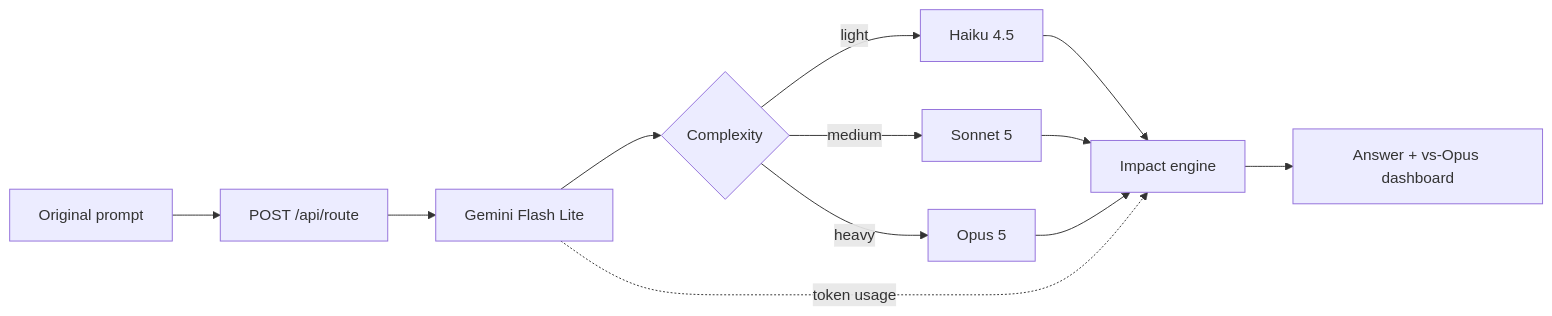
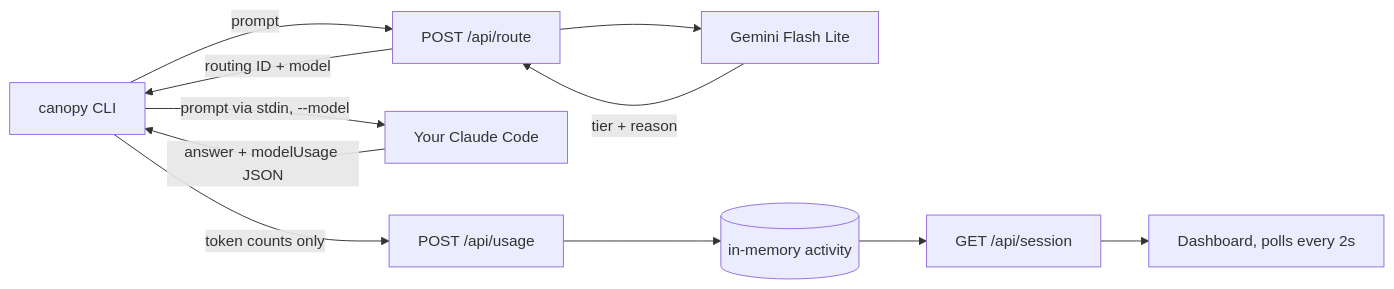
Before and after one commit to mirabellebrown/climate-hackathon-2026: the diagram in README.md, drawn with Mermaid. The commit also changed other lines of this file and 24 other files, not shown here.

First line of the commit message:
Build the Claude Code launcher and companion dashboard

````diff
--- a/README.md
+++ b/README.md
@@ -30,14 +47,13 @@
 ```mermaid
 flowchart LR
-  prompt[Original prompt] --> api[POST /api/route]
-  api --> classifier[Gemini Flash Lite]
-  classifier --> tier{Complexity}
-  tier -->|light| haiku[Haiku 4.5]
-  tier -->|medium| sonnet[Sonnet 5]
-  tier -->|heavy| opus[Opus 5]
-  haiku --> impact[Impact engine]
-  sonnet --> impact
-  opus --> impact
-  classifier -. token usage .-> impact
-  impact --> ui[Answer + vs-Opus dashboard]
+  user[canopy CLI] -->|prompt| route[POST /api/route]
+  route --> gemini[Gemini Flash Lite]
+  gemini -->|tier + reason| route
+  route -->|routing ID + model| user
+  user -->|prompt via stdin, --model| claude[Your Claude Code]
+  claude -->|answer + modelUsage JSON| user
+  user -->|token counts only| usage[POST /api/usage]
+  usage --> store[(in-memory activity)]
+  store --> session[GET /api/session]
+  session --> ui[Dashboard, polls every 2s]
 ```
````
